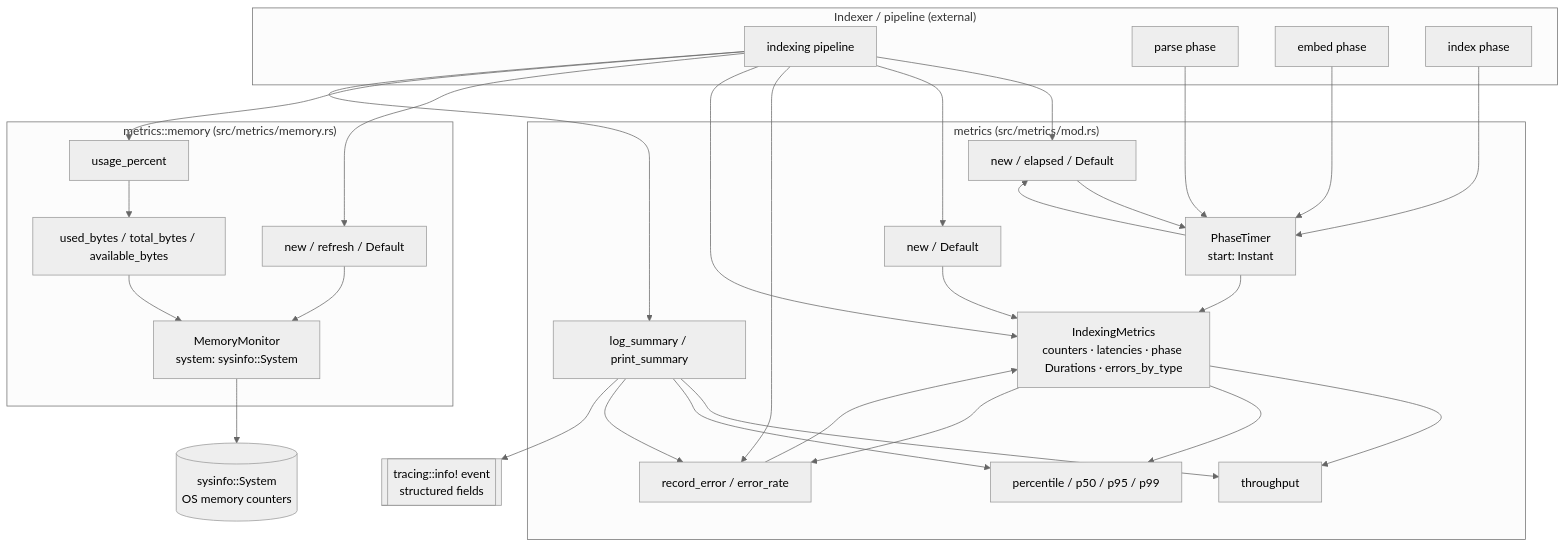
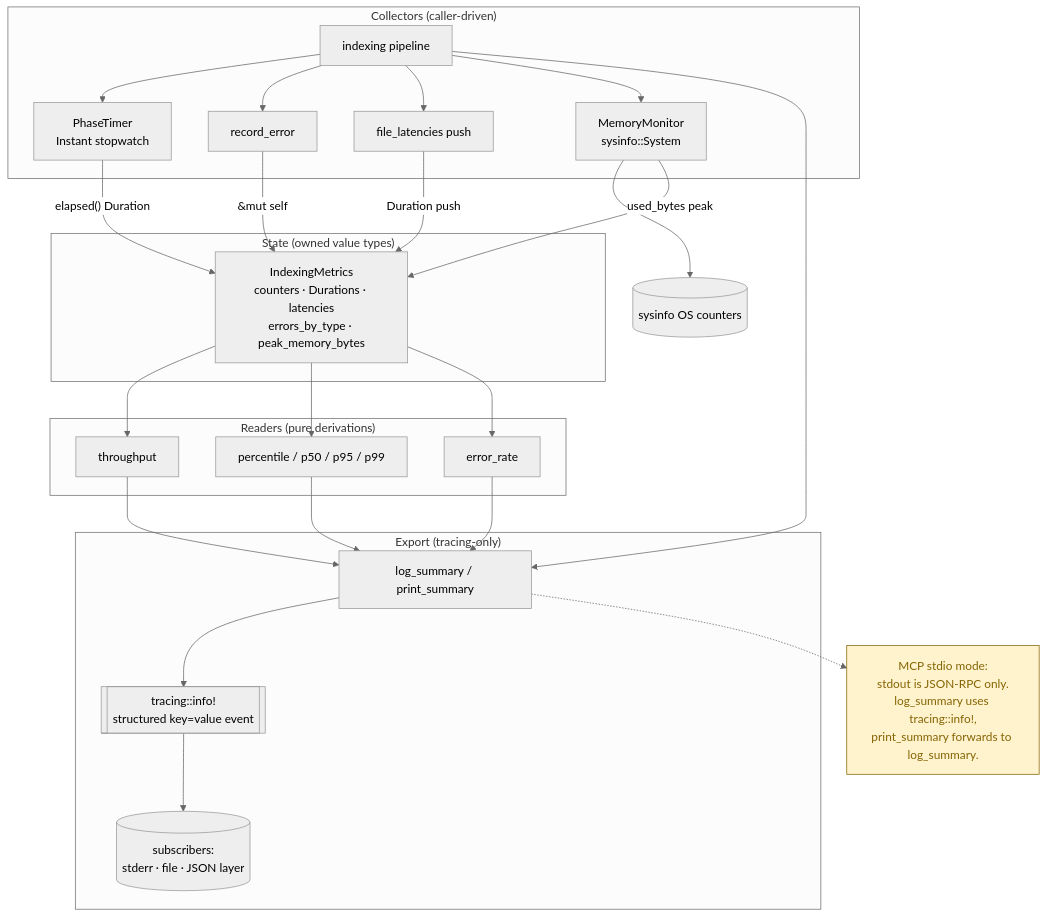
One commit to molaco/rust-code-mcp changed the diagram in .docs/architecture/metrics.md. Above: the diagram before and after it, drawn with Mermaid (neutral theme). The commit also changed other lines of this file and 18 other files, not shown here.

````diff
--- a/.docs/architecture/metrics.md
+++ b/.docs/architecture/metrics.md
@@ -9,58 +9,55 @@
 ```mermaid
 graph TD
-    subgraph caller["Indexer / pipeline (external)"]
+    subgraph collectors["Collectors (caller-driven)"]
         IDX[indexing pipeline]
-        PARSE[parse phase]
-        EMBED[embed phase]
-        INDEX[index phase]
+        PT[PhaseTimer<br/>Instant stopwatch]
+        REC[record_error]
+        SAMP[file_latencies push]
+        MM[MemoryMonitor<br/>sysinfo::System]
     end
 
-    subgraph metrics["metrics (src/metrics/mod.rs)"]
-        IM[IndexingMetrics<br/>counters · latencies · phase Durations · errors_by_type]
-        PT[PhaseTimer<br/>start: Instant]
-        IM_NEW[new / Default]
-        IM_TP[throughput]
-        IM_PCT[percentile / p50 / p95 / p99]
-        IM_ERR[record_error / error_rate]
-        IM_LOG[log_summary / print_summary]
-        PT_NEW[new / elapsed / Default]
+    subgraph state["State (owned value types)"]
+        IM[IndexingMetrics<br/>counters · Durations · latencies<br/>errors_by_type · peak_memory_bytes]
     end
 
-    subgraph mem["metrics::memory (src/metrics/memory.rs)"]
-        MM[MemoryMonitor<br/>system: sysinfo::System]
-        MM_NEW[new / refresh / Default]
-        MM_BYTES[used_bytes / total_bytes / available_bytes]
-        MM_PCT[usage_percent]
+    subgraph readers["Readers (pure derivations)"]
+        TP[throughput]
+        PCT[percentile / p50 / p95 / p99]
+        ER[error_rate]
     end
 
-    SYSINFO[(sysinfo::System<br/>OS memory counters)]
-    TRACING[[tracing::info! event<br/>structured fields]]
+    subgraph export["Export (tracing-only)"]
+        LOG[log_summary / print_summary]
+        TRACING[[tracing::info!<br/>structured key=value event]]
+        SUBS[(subscribers:<br/>stderr · file · JSON layer)]
+    end
 
-    IDX --> PT_NEW
-    PARSE --> PT
-    EMBED --> PT
-    INDEX --> PT
-    PT --> PT_NEW
-    PT_NEW --> PT
-    PT --> IM
-    IDX --> IM_NEW
-    IM_NEW --> IM
-    IDX --> IM_ERR
-    IM_ERR --> IM
-    IDX --> IM
-    IDX --> MM_NEW
-    MM_NEW --> MM
+    SYSINFO[(sysinfo OS counters)]
+
+    IDX --> PT
+    IDX --> REC
+    IDX --> SAMP
+    IDX --> MM
     MM --> SYSINFO
-    MM_BYTES --> MM
-    MM_PCT --> MM_BYTES
-    IDX --> MM_PCT
 
-    IM --> IM_TP
-    IM --> IM_PCT
-    IM --> IM_ERR
-    IM_LOG --> IM_TP
-    IM_LOG --> IM_PCT
-    IM_LOG --> IM_ERR
-    IM_LOG --> TRACING
-    IDX --> IM_LOG
+    PT -- "elapsed() Duration" --> IM
+    REC -- "&mut self" --> IM
+    SAMP -- "Duration push" --> IM
+    MM -- "used_bytes peak" --> IM
+
+    IM --> TP
+    IM --> PCT
+    IM --> ER
+
+    IDX --> LOG
+    TP --> LOG
+    PCT --> LOG
+    ER --> LOG
+    LOG --> TRACING
+    TRACING --> SUBS
+
+    NOTE["MCP stdio mode:<br/>stdout is JSON-RPC only.<br/>log_summary uses tracing::info!,<br/>print_summary forwards to log_summary."]:::note
+    LOG -.-> NOTE
+
+    classDef note fill:#fff3cd,stroke:#856404,color:#856404
 ```
````
